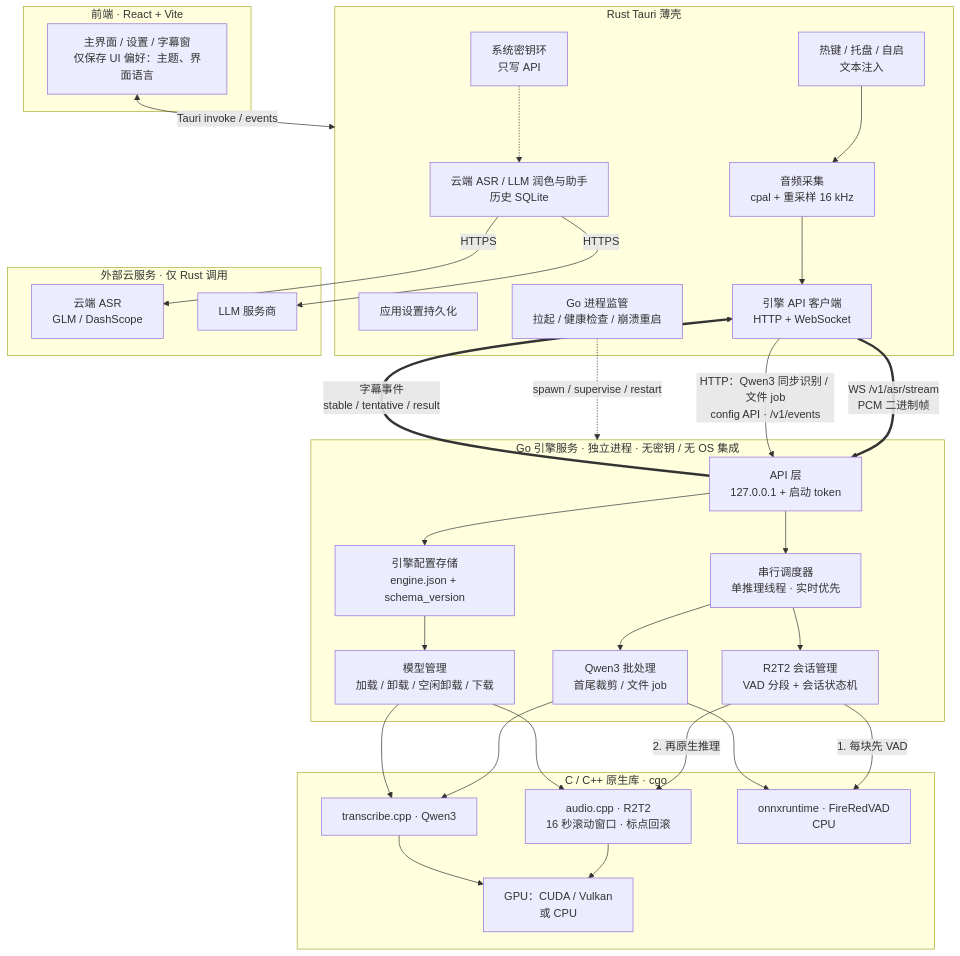
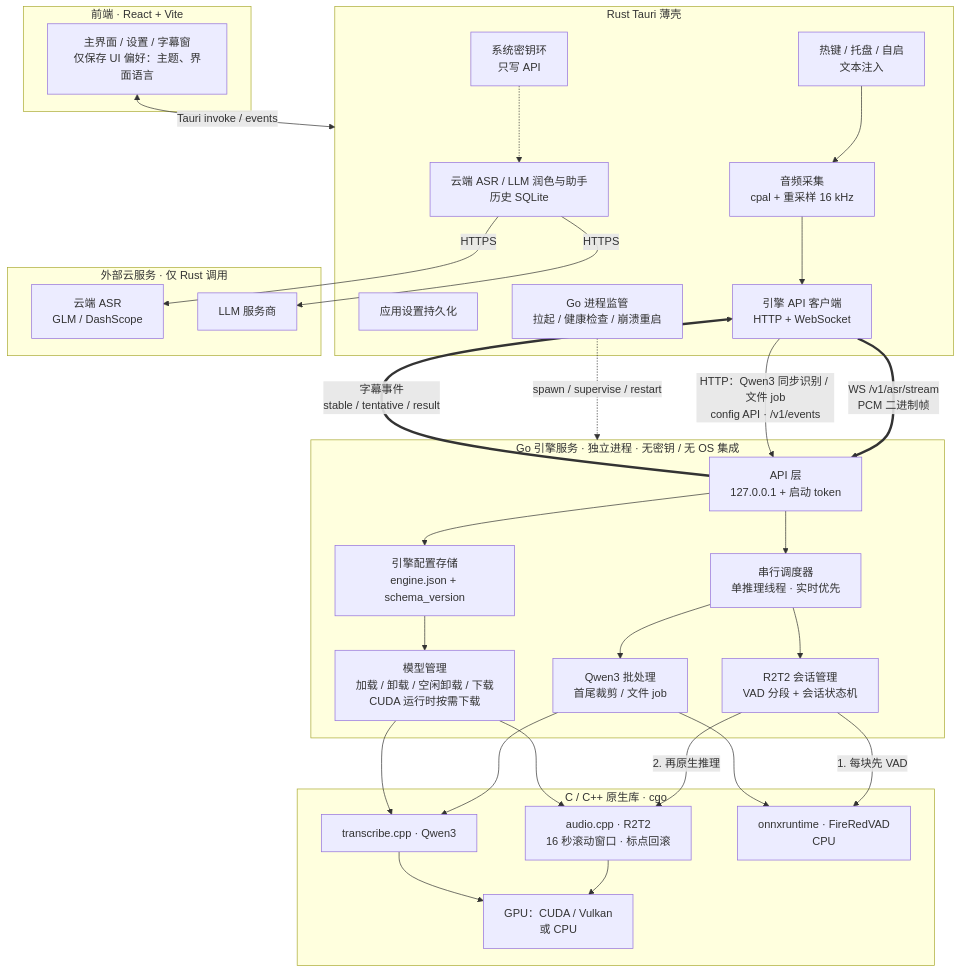
The first of 3 diagrams in docs/command-cube/PLAN.md (SenkjM/light-whisper), drawn with Mermaid before and after one commit. The commit also changed other lines of this file, not shown here.

First line of the commit message:
docs(plan): CUDA 运行时按需一键下载方案

````diff
--- a/docs/command-cube/PLAN.md
+++ b/docs/command-cube/PLAN.md
@@ -82,62 +83,62 @@
 ```mermaid
 flowchart TB
   subgraph FE["前端 · React + Vite"]
     UI["主界面 / 设置 / 字幕窗<br/>仅保存 UI 偏好：主题、界面语言"]
   end
 
   subgraph SH["Rust Tauri 薄壳"]
     CAP["音频采集<br/>cpal + 重采样 16 kHz"]
     SYS["热键 / 托盘 / 自启<br/>文本注入"]
     APP["云端 ASR / LLM 润色与助手<br/>历史 SQLite"]
     SET["应用设置持久化"]
     KEY["系统密钥环<br/>只写 API"]
     SUP["Go 进程监管<br/>拉起 / 健康检查 / 崩溃重启"]
     CLI["引擎 API 客户端<br/>HTTP + WebSocket"]
   end
 
   subgraph CLOUD["外部云服务 · 仅 Rust 调用"]
     CASR["云端 ASR<br/>GLM / DashScope"]
     LLM["LLM 服务商"]
   end
 
   subgraph GO["Go 引擎服务 · 独立进程 · 无密钥 / 无 OS 集成"]
     API["API 层<br/>127.0.0.1 + 启动 token"]
     SCHED["串行调度器<br/>单推理线程 · 实时优先"]
     SESS["R2T2 会话管理<br/>VAD 分段 + 会话状态机"]
     BATCH["Qwen3 批处理<br/>首尾裁剪 / 文件 job"]
     CFG["引擎配置存储<br/>engine.json + schema_version"]
-    MM["模型管理<br/>加载 / 卸载 / 空闲卸载 / 下载"]
+    MM["模型管理<br/>加载 / 卸载 / 空闲卸载 / 下载<br/>CUDA 运行时按需下载"]
   end
 
   subgraph NATIVE["C / C++ 原生库 · cgo"]
     R2["audio.cpp · R2T2<br/>16 秒滚动窗口 · 标点回滚"]
     QW["transcribe.cpp · Qwen3"]
     VAD["onnxruntime · FireRedVAD<br/>CPU"]
     HW["GPU：CUDA / Vulkan<br/>或 CPU"]
   end
 
   UI <-->|"Tauri invoke / events"| SH
   CAP --> CLI
   SYS --> CAP
   KEY -.-> APP
   APP -->|"HTTPS"| CASR
   APP -->|"HTTPS"| LLM
   SUP -.->|"spawn / supervise / restart"| GO
   CLI ==>|"WS /v1/asr/stream<br/>PCM 二进制帧"| API
   API ==>|"字幕事件<br/>stable / tentative / result"| CLI
   CLI -->|"HTTP：Qwen3 同步识别 / 文件 job<br/>config API · /v1/events"| API
 
   API --> SCHED
   API --> CFG
   CFG --> MM
   SCHED --> SESS
   SCHED --> BATCH
   SESS -->|"1. 每块先 VAD"| VAD
   SESS -->|"2. 再原生推理"| R2
   BATCH --> VAD
   BATCH --> QW
   MM --> R2
   MM --> QW
   R2 --> HW
   QW --> HW
 ```
````
